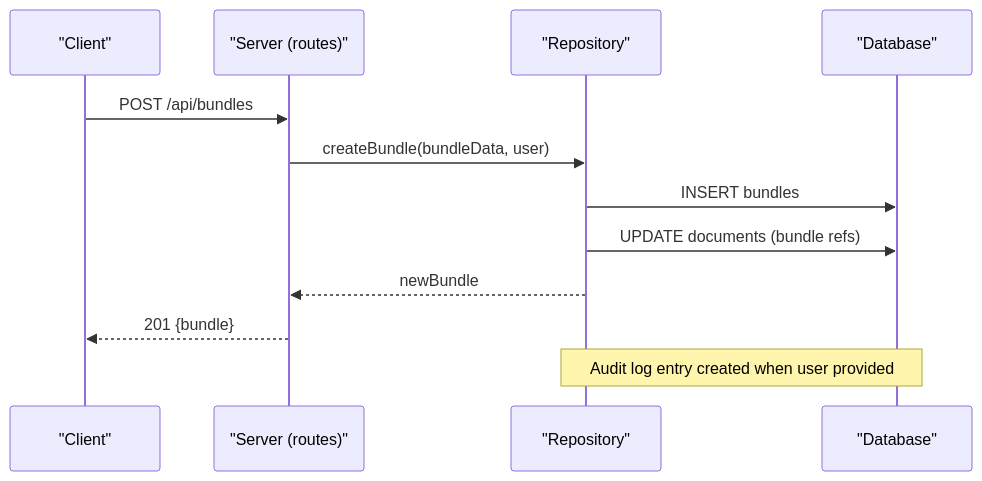
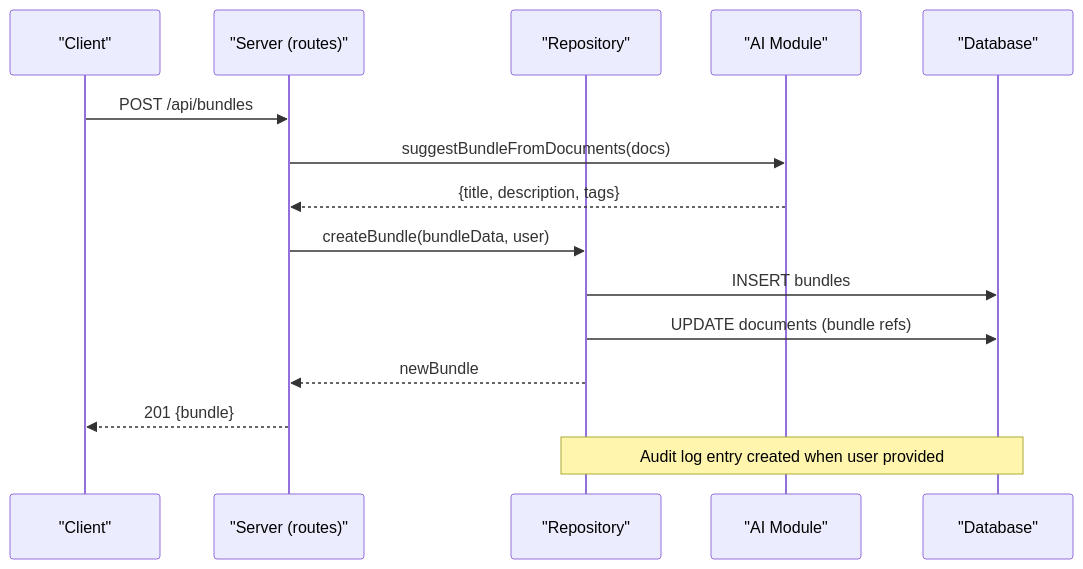
Before and after one commit to djahasiel101600/archivehub: the second of 5 diagrams in .qoder/repowiki/en/content/System Architecture/API Architecture/Resource Endpoints/Bundle Endpoints.md, drawn with Mermaid. The commit also changed other lines of this file and 12 other files, not shown here.

````diff
--- a/.qoder/repowiki/en/content/System Architecture/API Architecture/Resource Endpoints/Bundle Endpoints.md
+++ b/.qoder/repowiki/en/content/System Architecture/API Architecture/Resource Endpoints/Bundle Endpoints.md
@@ -74,14 +95,17 @@
 ```mermaid
 sequenceDiagram
 participant C as "Client"
 participant S as "Server (routes)"
 participant R as "Repository"
+participant A as "AI Module"
 participant D as "Database"
 C->>S : POST /api/bundles
+S->>A : suggestBundleFromDocuments(docs)
+A-->>S : {title, description, tags}
 S->>R : createBundle(bundleData, user)
 R->>D : INSERT bundles
 R->>D : UPDATE documents (bundle refs)
 R-->>S : newBundle
 S-->>C : 201 {bundle}
 Note over R,D : Audit log entry created when user provided
 ```
````
